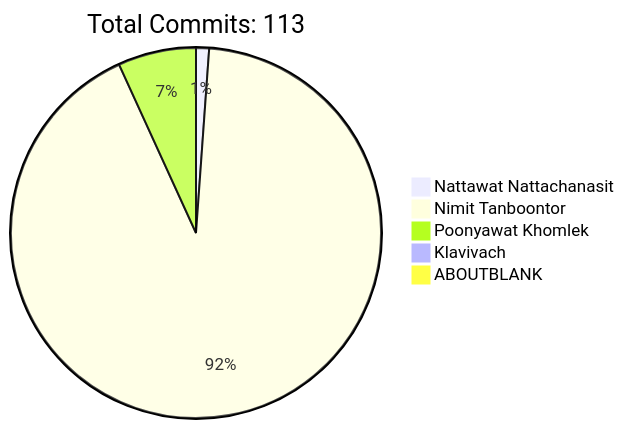
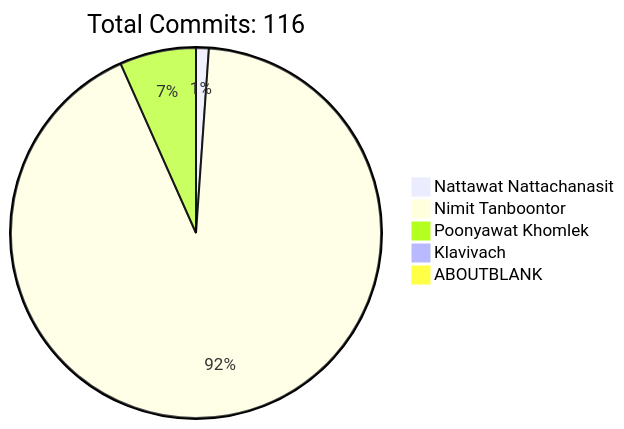
The diagram in README.md (HLLC-MFU/HLLC-2025), drawn with Mermaid before and after one commit. The commit also changed other lines of this file, not shown here.

````diff
--- a/README.md
+++ b/README.md
@@ -170,9 +170,9 @@
 ```mermaid
 pie
-    title Total Commits: 113
+    title Total Commits: 116
     "Nattawat Nattachanasit" : 1
-    "Nimit Tanboontor" : 81
+    "Nimit Tanboontor" : 83
     "Poonyawat Khomlek" : 6
     "Klavivach" : 0
     "ABOUTBLANK" : 0
 ```
````
